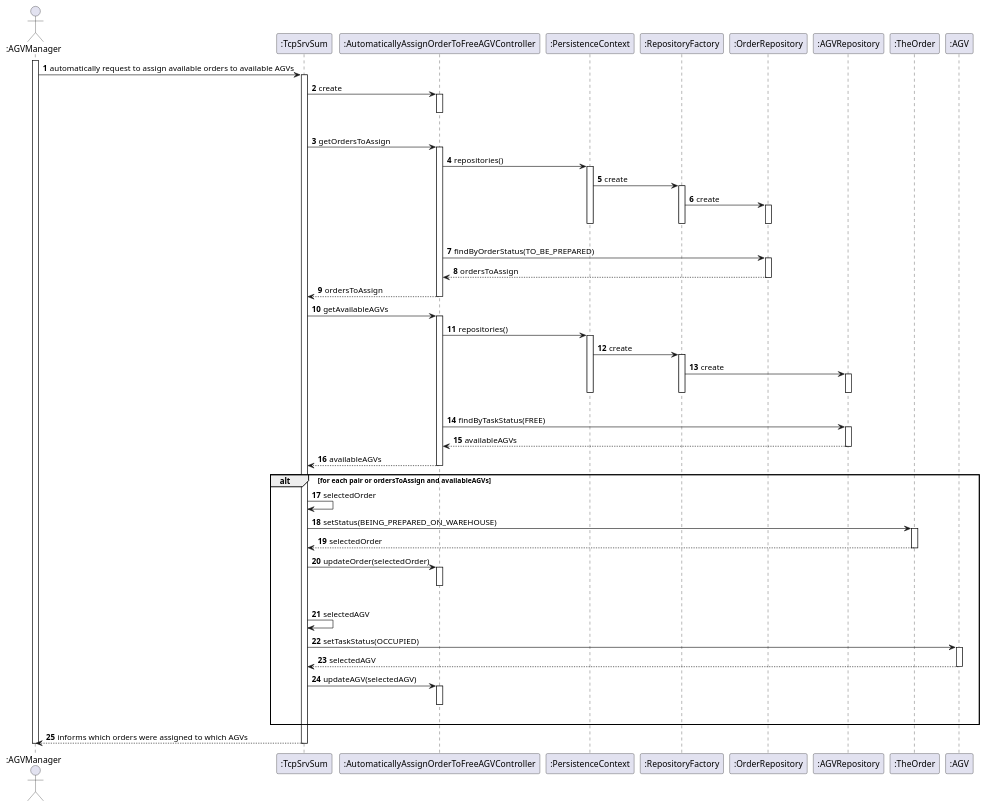
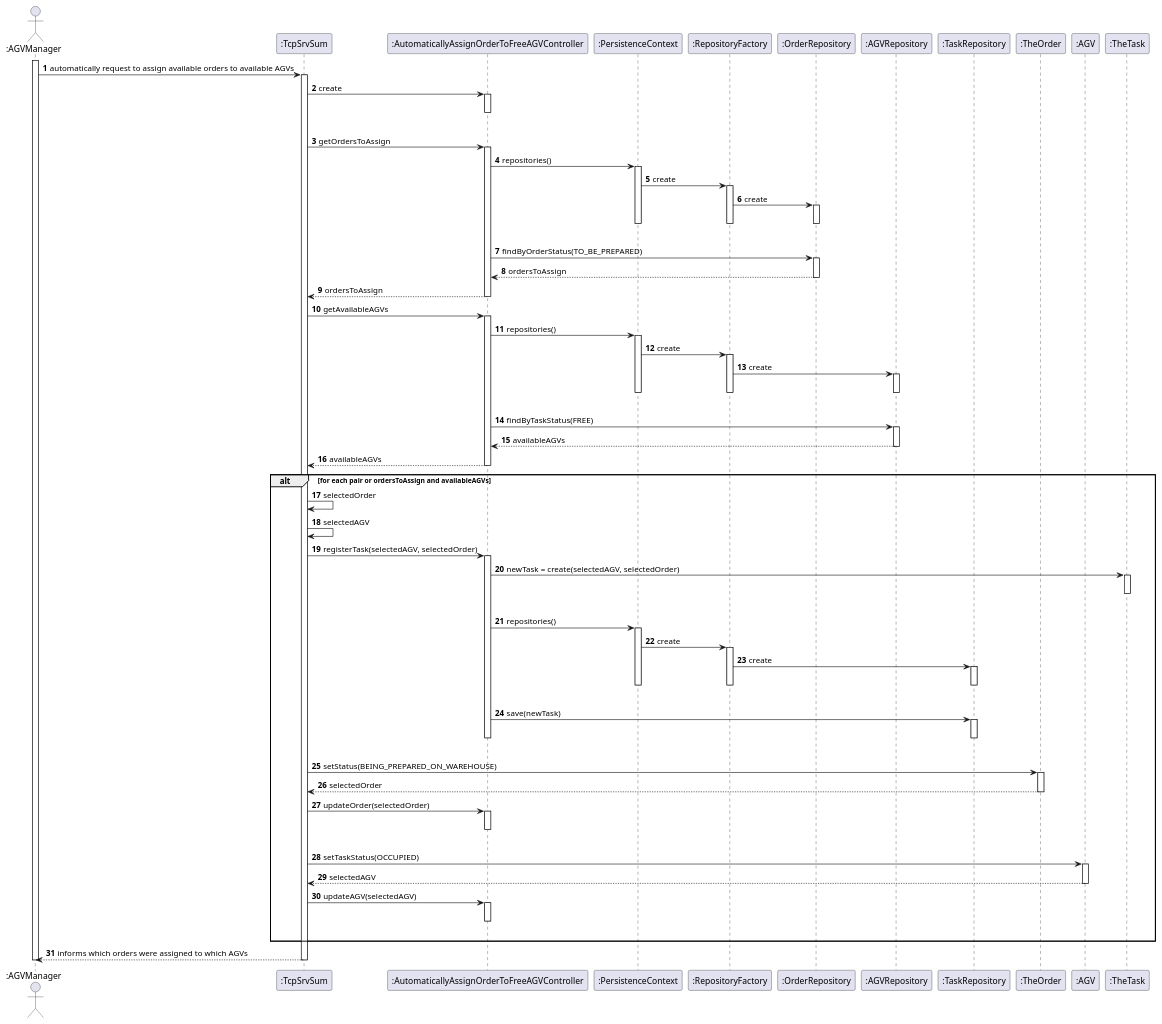
Before and after one commit to ana-albergaria/LAPR4-ISEP: the diagram in docs/1201592/US4002/US_4002_SD.puml, drawn with PlantUML. The commit also changed 4 other files, not shown here.

Commit message:
Issue #11 - Changed diagrams due to changes in the code.

```diff
--- a/docs/1201592/US4002/US_4002_SD.puml
+++ b/docs/1201592/US4002/US_4002_SD.puml
@@ -1,87 +1,112 @@
 @startuml
 'https://plantuml.com/sequence-diagram
 
 autonumber
 
 Actor ":AGVManager" as AGVM
 participant ":TcpSrvSum" as UI
 participant ":AutomaticallyAssignOrderToFreeAGVController" as CTRL
 participant ":PersistenceContext" as Persistance
 participant ":RepositoryFactory" as Factory
 participant ":OrderRepository" as OrderRep
 participant ":AGVRepository" as AGVRep
+participant ":TaskRepository" as TaskRep
 participant ":TheOrder" as ORDER
 participant ":AGV" as AGV
+participant ":TheTask" as Task
 
 activate AGVM
 AGVM -> UI : automatically request to assign available orders to available AGVs
 activate UI
 UI -> CTRL : create
 activate CTRL
 |||
 deactivate CTRL
 UI -> CTRL : getOrdersToAssign
 activate CTRL
 CTRL -> Persistance : repositories()
 activate Persistance
 Persistance -> Factory : create
 activate Factory
 Factory -> OrderRep : create
 activate OrderRep
 |||
 deactivate OrderRep
 deactivate Factory
 deactivate Persistance
 CTRL -> OrderRep : findByOrderStatus(TO_BE_PREPARED)
 activate OrderRep
 OrderRep --> CTRL : ordersToAssign
 deactivate OrderRep
 CTRL --> UI : ordersToAssign
 deactivate CTRL
 UI -> CTRL : getAvailableAGVs
 activate CTRL
 CTRL -> Persistance : repositories()
 activate Persistance
 Persistance -> Factory : create
 activate Factory
 Factory -> AGVRep : create
 activate AGVRep
 |||
 deactivate AGVRep
 deactivate Factory
 deactivate Persistance
 CTRL -> AGVRep : findByTaskStatus(FREE)
 activate AGVRep
 AGVRep --> CTRL : availableAGVs
 deactivate AGVRep
 CTRL --> UI : availableAGVs
 deactivate CTRL
 
 alt for each pair or ordersToAssign and availableAGVs
 UI -> UI : selectedOrder
+UI -> UI : selectedAGV
+
+UI -> CTRL : registerTask(selectedAGV, selectedOrder)
+activate CTRL
+CTRL -> Task : newTask = create(selectedAGV, selectedOrder)
+activate Task
+|||
+deactivate Task
+CTRL -> Persistance : repositories()
+activate Persistance
+Persistance -> Factory : create
+activate Factory
+Factory -> TaskRep : create
+activate TaskRep
+|||
+deactivate TaskRep
+deactivate Factory
+deactivate Persistance
+CTRL -> TaskRep : save(newTask)
+activate TaskRep
+|||
+deactivate TaskRep
+deactivate CTRL
+
 UI -> ORDER : setStatus(BEING_PREPARED_ON_WAREHOUSE)
 activate ORDER
 ORDER --> UI : selectedOrder
 deactivate ORDER
 UI -> CTRL : updateOrder(selectedOrder)
 activate CTRL
 |||
 deactivate CTRL
-UI -> UI : selectedAGV
 UI -> AGV : setTaskStatus(OCCUPIED)
 activate AGV
 AGV --> UI : selectedAGV
 deactivate AGV
 UI -> CTRL : updateAGV(selectedAGV)
 activate CTRL
 |||
 deactivate CTRL
 
 end
 
 
 UI --> AGVM : informs which orders were assigned to which AGVs
 deactivate UI
 deactivate AGVM
 
 @enduml
```
